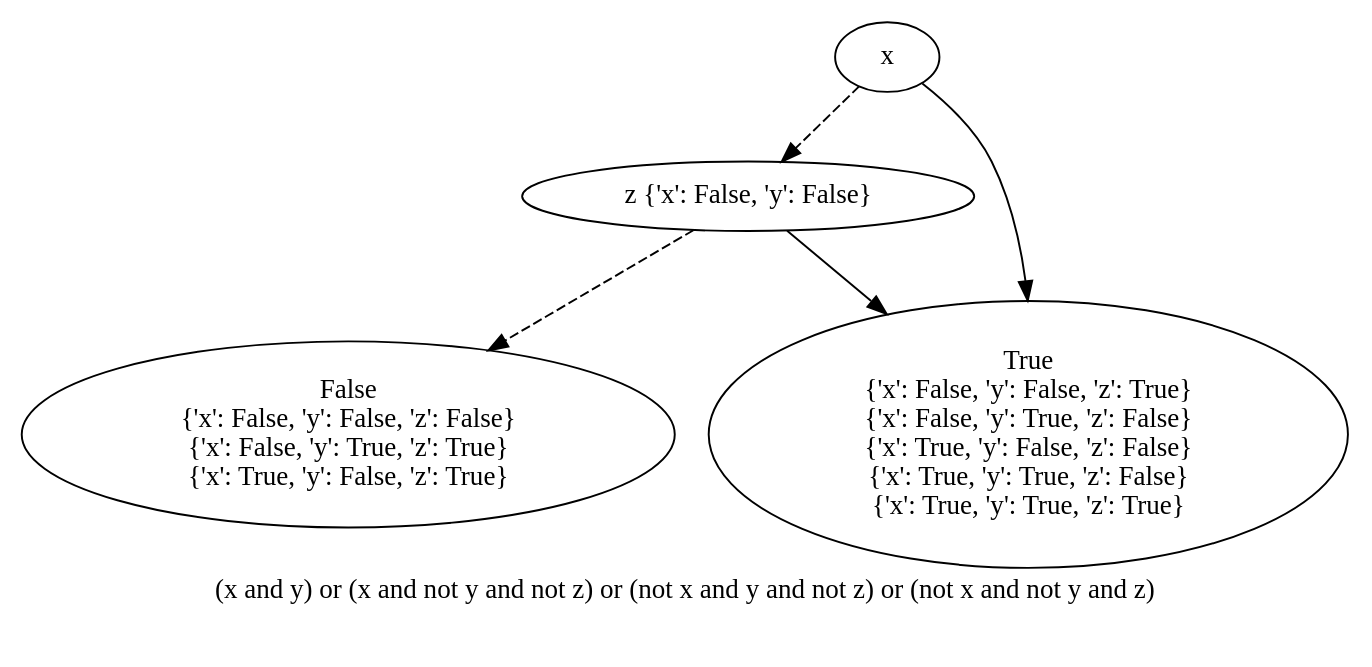
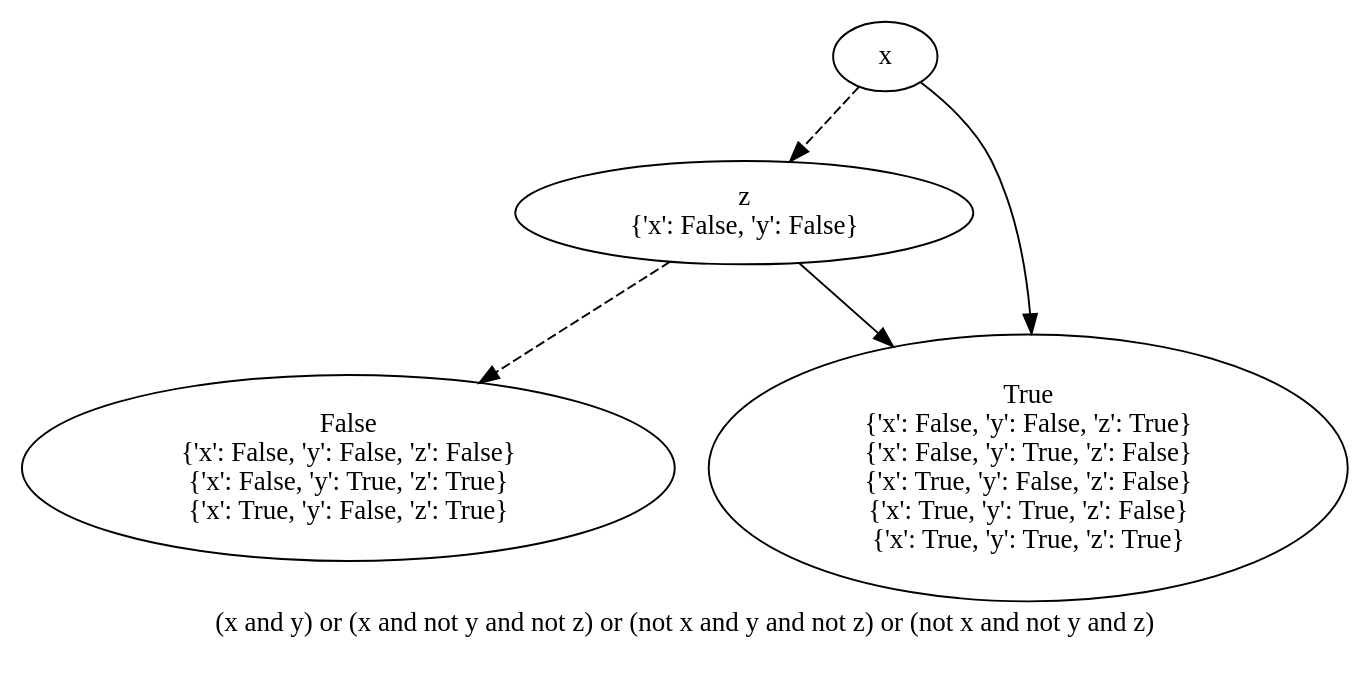
One commit to O1ez/IncreasingResilienceOfAutomatedVehicles changed the diagram in out/bdd_f_2.dot. Above: the diagram before and after it, drawn with Graphviz. The commit also changed 20 other files, not shown here.

```diff
--- a/out/bdd_f_2.dot
+++ b/out/bdd_f_2.dot
@@ -1,24 +1,25 @@
 digraph{
 label="(x and y) or (x and not y and not z) or (not x and y and not z) or (not x and not y and z)\n\n"
-1889826331760[label=x]1889822041312[label="z {'x': False, 'y': False}"]
-1889826331760 -> 1889822041312[style=dashed]
-1889825286016[label="False
+2996655530352[label=x]2996655530512[label="z
+{'x': False, 'y': False}"]
+2996655530352 -> 2996655530512[style=dashed label="" fontcolor = gray]
+2996654418848[label="False
 {'x': False, 'y': False, 'z': False}
 {'x': False, 'y': True, 'z': True}
 {'x': True, 'y': False, 'z': True}"]
-1889822041312 -> 1889825286016[style=dashed]
-1889825286192[label="True
+2996655530512 -> 2996654418848[style=dashed label="" fontcolor = gray]
+2996654419024[label="True
 {'x': False, 'y': False, 'z': True}
 {'x': False, 'y': True, 'z': False}
 {'x': True, 'y': False, 'z': False}
 {'x': True, 'y': True, 'z': False}
 {'x': True, 'y': True, 'z': True}"]
-1889822041312 -> 1889825286192
-1889825286192[label="True
+2996655530512 -> 2996654419024 [label="" fontcolor = gray]
+2996654419024[label="True
 {'x': False, 'y': False, 'z': True}
 {'x': False, 'y': True, 'z': False}
 {'x': True, 'y': False, 'z': False}
 {'x': True, 'y': True, 'z': False}
 {'x': True, 'y': True, 'z': True}"]
-1889826331760 -> 1889825286192
+2996655530352 -> 2996654419024 [label="" fontcolor = gray]
 }
```
